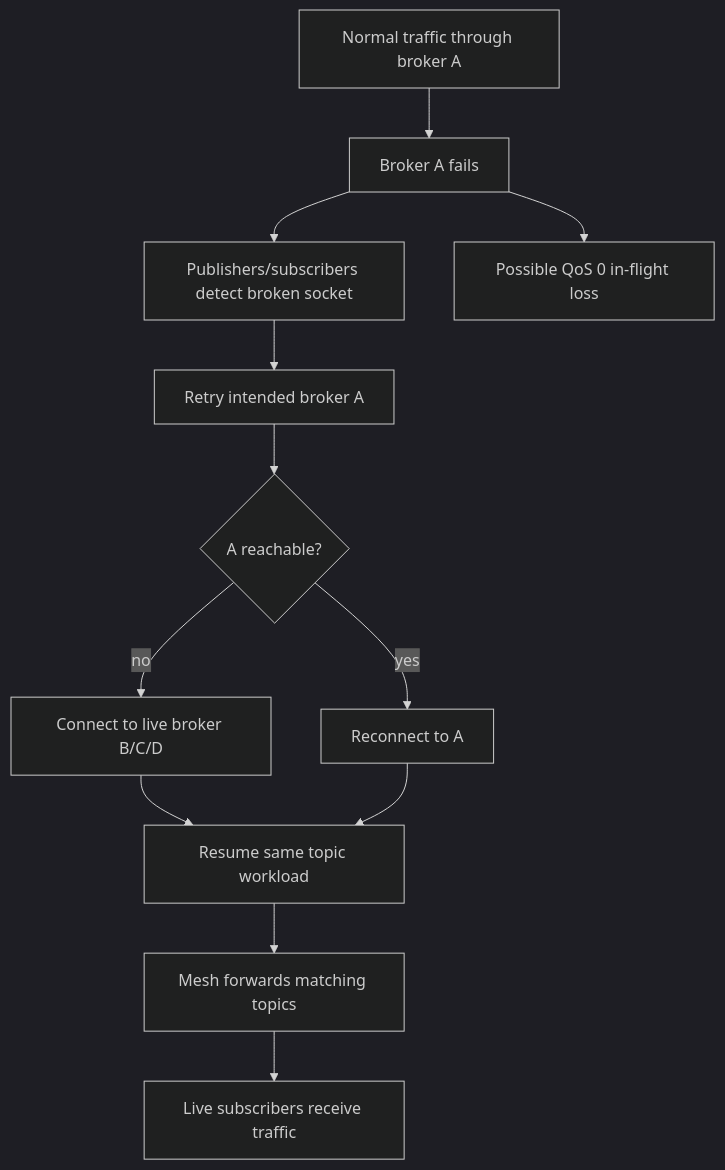
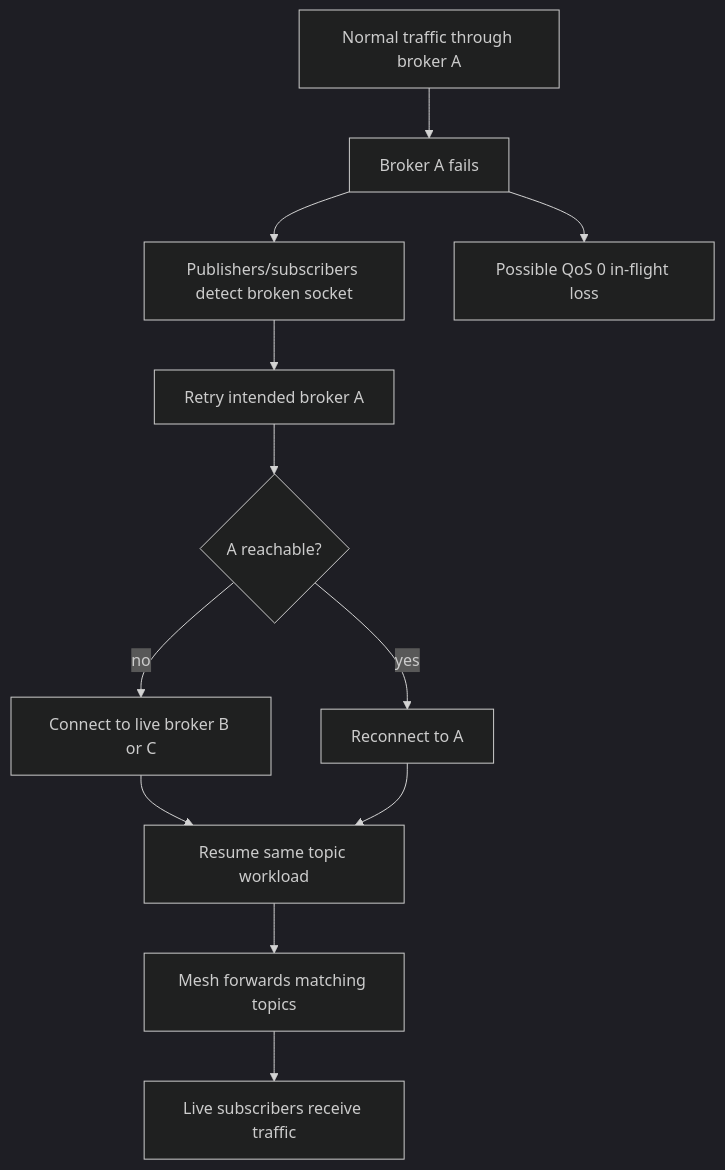
One commit to judadao/mqtt_field_bridge_app changed the second of 3 diagrams in README.md. Above: the diagram before and after it, drawn with Mermaid (dark theme). The commit also changed other lines of this file and 1 other file, not shown here.

````diff
--- a/README.md
+++ b/README.md
@@ -134,14 +136,14 @@
 ```mermaid
 flowchart TD
     Healthy[Normal traffic through broker A] --> Failure[Broker A fails]
     Failure --> SocketBreak[Publishers/subscribers detect broken socket]
     SocketBreak --> RetryA[Retry intended broker A]
     RetryA --> Alive{A reachable?}
     Alive -- yes --> RejoinA[Reconnect to A]
-    Alive -- no --> Fallback[Connect to live broker B/C/D]
+    Alive -- no --> Fallback[Connect to live broker B or C]
     Fallback --> Resume[Resume same topic workload]
     RejoinA --> Resume
     Resume --> MeshRoute[Mesh forwards matching topics]
     MeshRoute --> Delivered[Live subscribers receive traffic]
     Failure --> BoundaryLoss[Possible QoS 0 in-flight loss]
 ```
````
